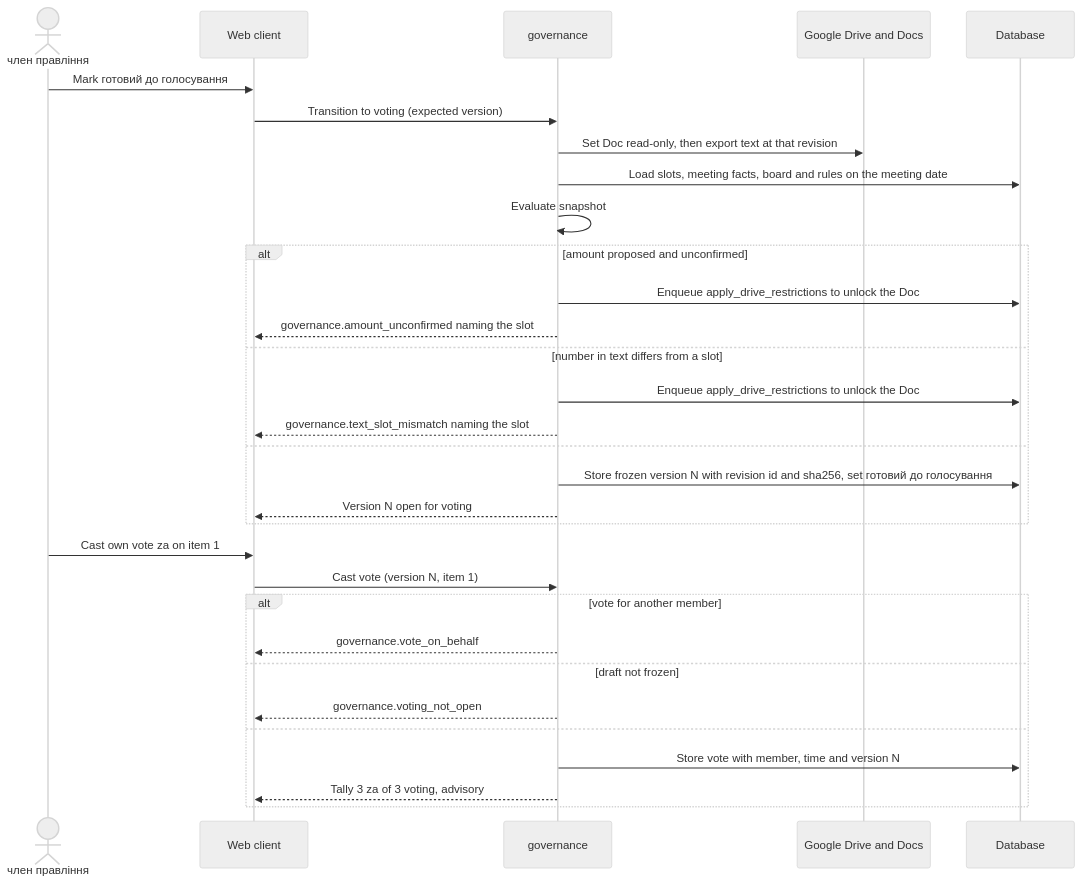
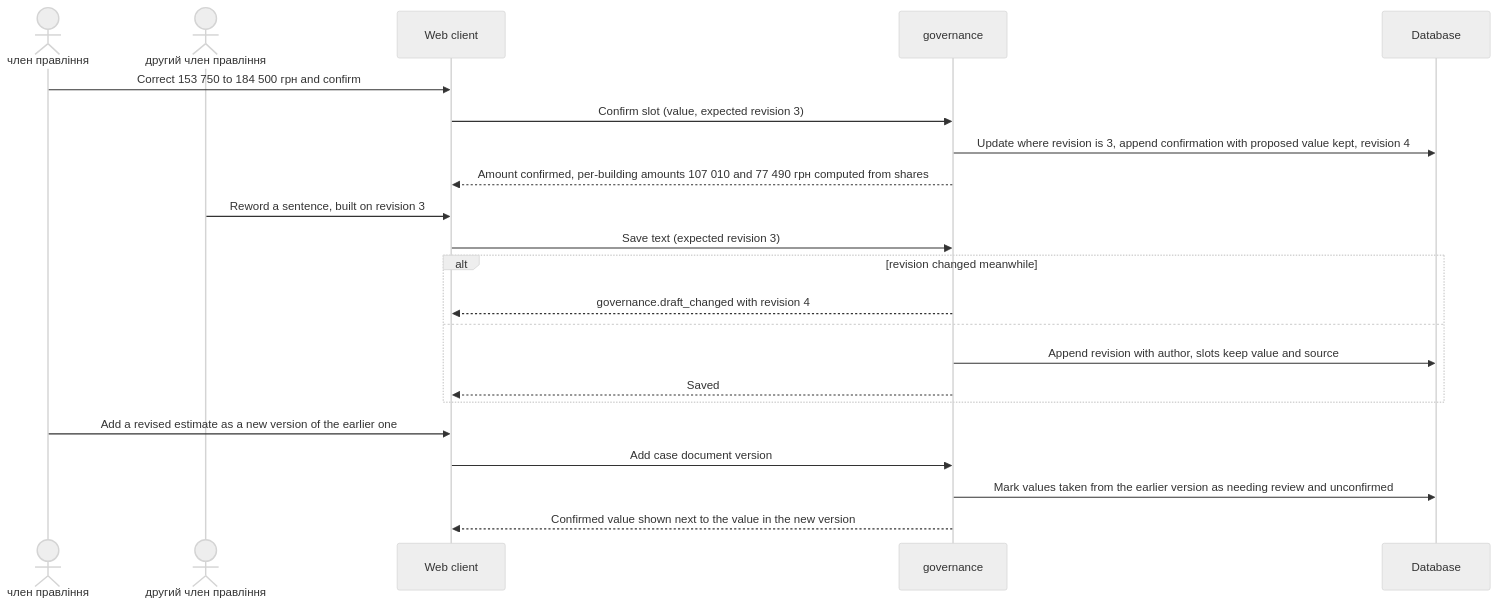
Before and after one commit to AndriiOpryshko/spilno: the fourth of 13 diagrams in docs/features/board-protocol/sad.ao-architecture.md, drawn with Mermaid (neutral theme). The commit also changed other lines of this file and 21 other files, not shown here.

First line of the commit message:
board-protocol: align ao-architecture SAD with Stage 1 scope and the shared decisions

````diff
--- a/docs/features/board-protocol/sad.ao-architecture.md
+++ b/docs/features/board-protocol/sad.ao-architecture.md
@@ -247,33 +271,24 @@
 ```mermaid
 sequenceDiagram
     actor M as член правління
+    actor M2 as другий член правління
     participant web as Web client
     participant gov as governance
-    participant drive as Google Drive and Docs
     participant db as Database
-    M->>web: Mark готовий до голосування
-    web->>gov: Transition to voting (expected version)
-    gov->>drive: Set Doc read-only, then export text at that revision
-    gov->>db: Load slots, meeting facts, board and rules on the meeting date
-    gov->>gov: Evaluate snapshot
-    alt amount proposed and unconfirmed
-        gov->>db: Enqueue apply_drive_restrictions to unlock the Doc
-        gov-->>web: governance.amount_unconfirmed naming the slot
-    else number in text differs from a slot
-        gov->>db: Enqueue apply_drive_restrictions to unlock the Doc
-        gov-->>web: governance.text_slot_mismatch naming the slot
+    M->>web: Correct 153 750 to 184 500 грн and confirm
+    web->>gov: Confirm slot (value, expected revision 3)
+    gov->>db: Update where revision is 3, append confirmation with proposed value kept, revision 4
+    gov-->>web: Amount confirmed, per-building amounts 107 010 and 77 490 грн computed from shares
+    M2->>web: Reword a sentence, built on revision 3
+    web->>gov: Save text (expected revision 3)
+    alt revision changed meanwhile
+        gov-->>web: governance.draft_changed with revision 4
     else
-        gov->>db: Store frozen version N with revision id and sha256, set готовий до голосування
-        gov-->>web: Version N open for voting
+        gov->>db: Append revision with author, slots keep value and source
+        gov-->>web: Saved
     end
-    M->>web: Cast own vote za on item 1
-    web->>gov: Cast vote (version N, item 1)
-    alt vote for another member
-        gov-->>web: governance.vote_on_behalf
-    else draft not frozen
-        gov-->>web: governance.voting_not_open
-    else
-        gov->>db: Store vote with member, time and version N
-        gov-->>web: Tally 3 za of 3 voting, advisory
-    end
+    M->>web: Add a revised estimate as a new version of the earlier one
+    web->>gov: Add case document version
+    gov->>db: Mark values taken from the earlier version as needing review and unconfirmed
+    gov-->>web: Confirmed value shown next to the value in the new version
 ```
````
